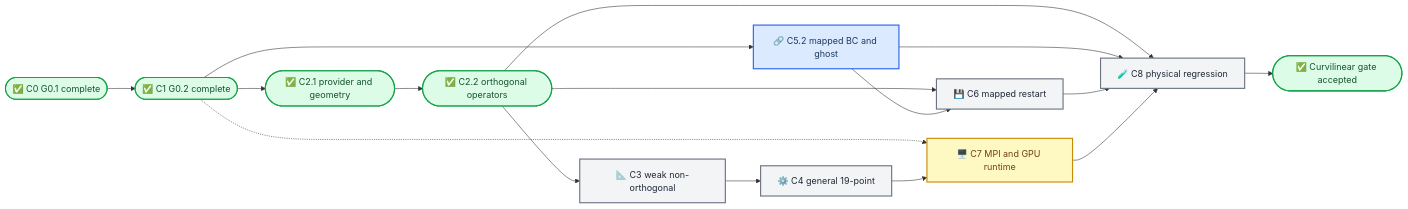
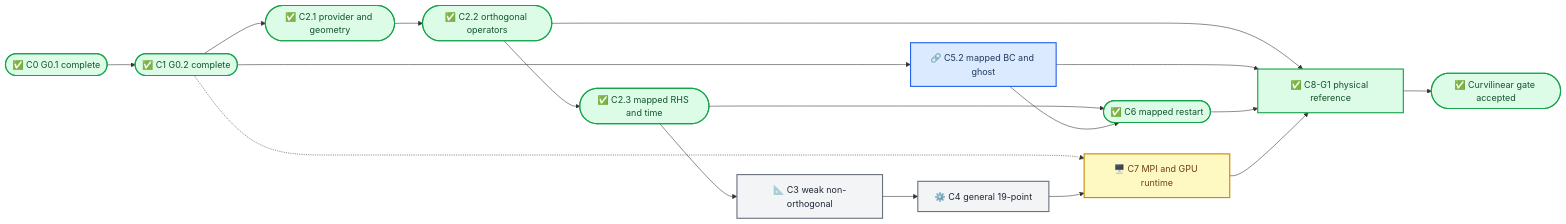
One commit to WangZW928/HPC_matters changed the diagram in CFD/vwis2.0/_Docs/AMReX迁移方案.md. Above: the diagram before and after it, drawn with Mermaid. The commit also changed other lines of this file and 66 other files, not shown here.

Commit message:
feat(amrex): complete mapped validation and physical reference

````diff
--- a/CFD/vwis2.0/_Docs/AMReX迁移方案.md
+++ b/CFD/vwis2.0/_Docs/AMReX迁移方案.md
@@ -58,32 +59,32 @@
 ```mermaid
 flowchart LR
     accTitle: Curvilinear Remaining Route
     accDescr: Completed identity infrastructure and analytic orthogonal geometry lead to the pending orthogonal operators, then non-orthogonal, boundary, restart, runtime, and physical regression gates.
 
     g01([✅ C0 G0.1 complete]) --> c1([✅ C1 G0.2 complete])
     c1 --> c21([✅ C2.1 provider and geometry])
     c21 --> c2([✅ C2.2 orthogonal operators])
-    c2 --> c3[📐 C3 weak non-orthogonal]
+    c2 --> c23([✅ C2.3 mapped RHS and time])
+    c23 --> c3[📐 C3 weak non-orthogonal]
     c3 --> c4[⚙️ C4 general 19-point]
     c1 --> c5[🔗 C5.2 mapped BC and ghost]
-    c2 --> c6[💾 C6 mapped restart]
+    c23 --> c6([✅ C6 mapped restart])
     c5 --> c6
     c1 -.-> c7[🖥️ C7 MPI and GPU runtime]
     c4 --> c7
-    c2 --> c8[🧪 C8 physical regression]
+    c2 --> c8[✅ C8-G1 physical reference]
     c5 --> c8
     c6 --> c8
     c7 --> c8
     c8 --> accepted([✅ Curvilinear gate accepted])
 
     classDef complete fill:#dcfce7,stroke:#16a34a,stroke-width:2px,color:#14532d
     classDef next fill:#dbeafe,stroke:#2563eb,stroke-width:2px,color:#1e3a5f
     classDef pending fill:#f3f4f6,stroke:#6b7280,stroke-width:2px,color:#1f2937
     classDef blocked fill:#fef9c3,stroke:#ca8a04,stroke-width:2px,color:#713f12
 
-    class g01,c1,c21,accepted complete
-    class c2 complete
-    class c3,c4,c6,c8 pending
+    class g01,c1,c21,c2,c23,c6,c8,accepted complete
+    class c3,c4 pending
     class c5 next
     class c7 blocked
 ```
````
